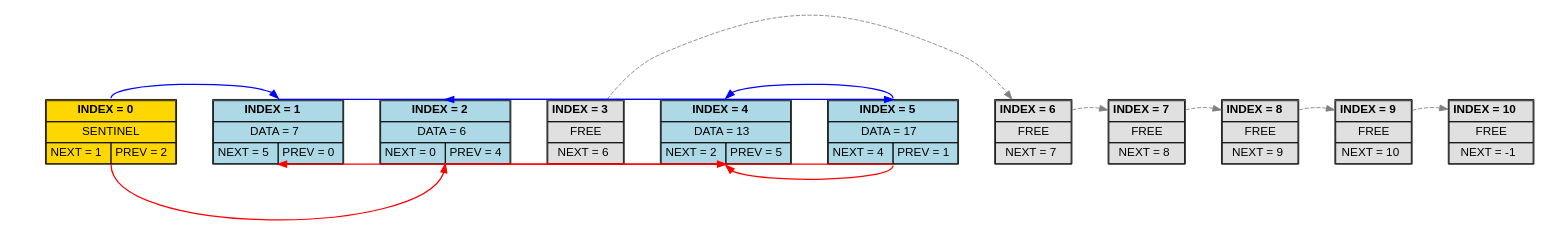
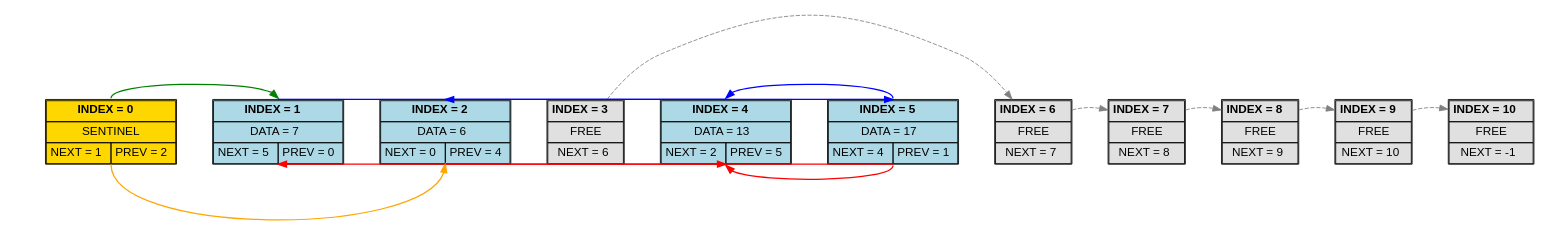
One commit to Kunanta0/List changed the diagram in dump.dot. Above: the diagram before and after it, drawn with Graphviz.

```diff
--- a/dump.dot
+++ b/dump.dot
@@ -1,120 +1,120 @@
 digraph G {
  rankdir=TB;
  splines=true;
  nodesep=0.6;
  ranksep=1.5;
  node [shape=none, margin=0, fontname="Helvetica"];
  anchor [shape=point, style=invis, width=0];
  { rank=same; anchor;  node0 [label=<
  <table border="1" cellborder="1" cellspacing="0" cellpadding="4" bgcolor="gold">
  <tr><td colspan="2"><b>INDEX = 0</b></td></tr>
  <tr><td colspan="2">SENTINEL</td></tr>
  <tr><td>NEXT = 1</td><td>PREV = 2</td></tr>
  </table>
  >];
  node1 [label=<
  <table border="1" cellborder="1" cellspacing="0" cellpadding="4" bgcolor="#add8e6">
  <tr><td colspan="2"><b>INDEX = 1</b></td></tr>
  <tr><td colspan="2">DATA = 7</td></tr>
  <tr><td>NEXT = 5</td><td>PREV = 0</td></tr>
  </table>
  >];
  node2 [label=<
  <table border="1" cellborder="1" cellspacing="0" cellpadding="4" bgcolor="#add8e6">
  <tr><td colspan="2"><b>INDEX = 2</b></td></tr>
  <tr><td colspan="2">DATA = 6</td></tr>
  <tr><td>NEXT = 0</td><td>PREV = 4</td></tr>
  </table>
  >];
  node3 [label=<
  <table border="1" cellborder="1" cellspacing="0" cellpadding="4" bgcolor="#e0e0e0">
  <tr><td colspan="2"><b>INDEX = 3</b></td></tr>
  <tr><td colspan="2">FREE</td></tr>
  <tr><td colspan="2">NEXT = 6</td></tr>
  </table>
  >];
  node4 [label=<
  <table border="1" cellborder="1" cellspacing="0" cellpadding="4" bgcolor="#add8e6">
  <tr><td colspan="2"><b>INDEX = 4</b></td></tr>
  <tr><td colspan="2">DATA = 13</td></tr>
  <tr><td>NEXT = 2</td><td>PREV = 5</td></tr>
  </table>
  >];
  node5 [label=<
  <table border="1" cellborder="1" cellspacing="0" cellpadding="4" bgcolor="#add8e6">
  <tr><td colspan="2"><b>INDEX = 5</b></td></tr>
  <tr><td colspan="2">DATA = 17</td></tr>
  <tr><td>NEXT = 4</td><td>PREV = 1</td></tr>
  </table>
  >];
  node6 [label=<
  <table border="1" cellborder="1" cellspacing="0" cellpadding="4" bgcolor="#e0e0e0">
  <tr><td colspan="2"><b>INDEX = 6</b></td></tr>
  <tr><td colspan="2">FREE</td></tr>
  <tr><td colspan="2">NEXT = 7</td></tr>
  </table>
  >];
  node7 [label=<
  <table border="1" cellborder="1" cellspacing="0" cellpadding="4" bgcolor="#e0e0e0">
  <tr><td colspan="2"><b>INDEX = 7</b></td></tr>
  <tr><td colspan="2">FREE</td></tr>
  <tr><td colspan="2">NEXT = 8</td></tr>
  </table>
  >];
  node8 [label=<
  <table border="1" cellborder="1" cellspacing="0" cellpadding="4" bgcolor="#e0e0e0">
  <tr><td colspan="2"><b>INDEX = 8</b></td></tr>
  <tr><td colspan="2">FREE</td></tr>
  <tr><td colspan="2">NEXT = 9</td></tr>
  </table>
  >];
  node9 [label=<
  <table border="1" cellborder="1" cellspacing="0" cellpadding="4" bgcolor="#e0e0e0">
  <tr><td colspan="2"><b>INDEX = 9</b></td></tr>
  <tr><td colspan="2">FREE</td></tr>
  <tr><td colspan="2">NEXT = 10</td></tr>
  </table>
  >];
  node10 [label=<
  <table border="1" cellborder="1" cellspacing="0" cellpadding="4" bgcolor="#e0e0e0">
  <tr><td colspan="2"><b>INDEX = 10</b></td></tr>
  <tr><td colspan="2">FREE</td></tr>
  <tr><td colspan="2">NEXT = -1</td></tr>
  </table>
  >];
  }
  anchor -> node0 [style=invis];
  anchor -> node1 [style=invis];
  node0 -> node1 [style=invis, weight=100];
  anchor -> node2 [style=invis];
  node1 -> node2 [style=invis, weight=100];
  anchor -> node3 [style=invis];
  node2 -> node3 [style=invis, weight=100];
  anchor -> node4 [style=invis];
  node3 -> node4 [style=invis, weight=100];
  anchor -> node5 [style=invis];
  node4 -> node5 [style=invis, weight=100];
  anchor -> node6 [style=invis];
  node5 -> node6 [style=invis, weight=100];
  anchor -> node7 [style=invis];
  node6 -> node7 [style=invis, weight=100];
  anchor -> node8 [style=invis];
  node7 -> node8 [style=invis, weight=100];
  anchor -> node9 [style=invis];
  node8 -> node9 [style=invis, weight=100];
  anchor -> node10 [style=invis];
  node9 -> node10 [style=invis, weight=100];
- node0:n -> node1:n [color=blue, constraint=false, penwidth=1.5];
+ node0:n -> node1:n [color=green, constraint=false, penwidth=1.5];
+ node2:s -> node0:s [color=orange, dir=back, constraint=false, penwidth=1.5];
  node1:n -> node5:n [color=blue, constraint=false, penwidth=1.5];
+ node4:s -> node2:s [color=red, dir=back, constraint=false, penwidth=1.5];
+ node3 -> node6 [color=gray, style=dashed, constraint=false];
  node4:n -> node2:n [color=blue, constraint=false, penwidth=1.5];
+ node5:s -> node4:s [color=red, dir=back, constraint=false, penwidth=1.5];
  node5:n -> node4:n [color=blue, constraint=false, penwidth=1.5];
- node2:s -> node0:s [color=red, dir=back, constraint=false, penwidth=1.5];
- node4:s -> node2:s [color=red, dir=back, constraint=false, penwidth=1.5];
- node5:s -> node4:s [color=red, dir=back, constraint=false, penwidth=1.5];
  node1:s -> node5:s [color=red, dir=back, constraint=false, penwidth=1.5];
- node3 -> node6 [color=gray, style=dashed, constraint=false];
  node6 -> node7 [color=gray, style=dashed, constraint=false];
  node7 -> node8 [color=gray, style=dashed, constraint=false];
  node8 -> node9 [color=gray, style=dashed, constraint=false];
  node9 -> node10 [color=gray, style=dashed, constraint=false];
 }
```
